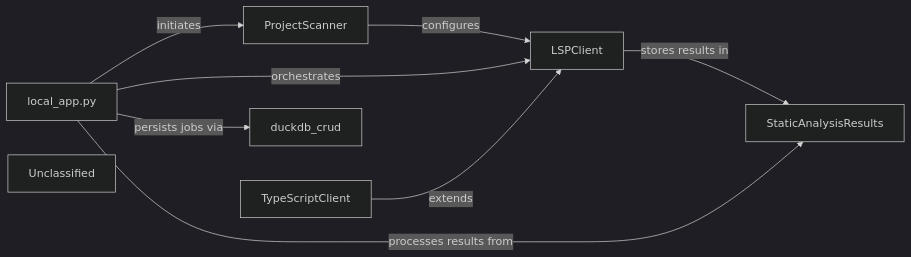
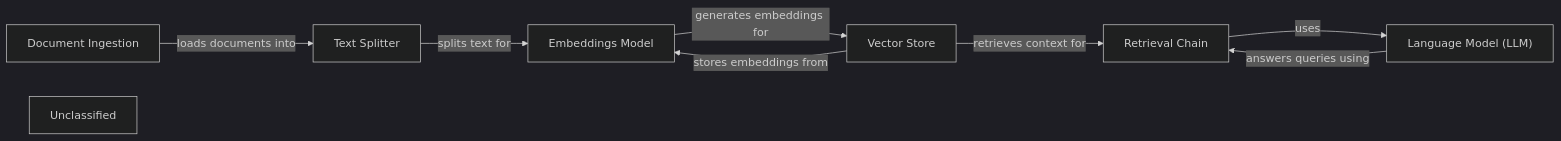
Before and after one commit to mariyam866/CodeBoarding: the diagram in .codeboarding/Static_Analysis_Engine.md, drawn with Mermaid (dark theme). The commit also changed other lines of this file and 15 other files, not shown here.

First line of the commit message:
docs: update codeboarding documentation and generate architecture

````diff
--- a/.codeboarding/Static_Analysis_Engine.md
+++ b/.codeboarding/Static_Analysis_Engine.md
@@ -1,17 +1,17 @@
 ```mermaid
 graph LR
-    local_app_py["local_app.py"]
-    ProjectScanner["ProjectScanner"]
-    LSPClient["LSPClient"]
-    TypeScriptClient["TypeScriptClient"]
-    StaticAnalysisResults["StaticAnalysisResults"]
-    duckdb_crud["duckdb_crud"]
+    Document_Ingestion["Document Ingestion"]
+    Text_Splitter["Text Splitter"]
+    Vector_Store["Vector Store"]
+    Embeddings_Model["Embeddings Model"]
+    Language_Model_LLM_["Language Model (LLM)"]
+    Retrieval_Chain["Retrieval Chain"]
     Unclassified["Unclassified"]
-    local_app_py -- "initiates" --> ProjectScanner
-    ProjectScanner -- "configures" --> LSPClient
-    local_app_py -- "orchestrates" --> LSPClient
-    LSPClient -- "stores results in" --> StaticAnalysisResults
-    TypeScriptClient -- "extends" --> LSPClient
-    local_app_py -- "processes results from" --> StaticAnalysisResults
-    local_app_py -- "persists jobs via" --> duckdb_crud
+    Document_Ingestion -- "loads documents into" --> Text_Splitter
+    Text_Splitter -- "splits text for" --> Embeddings_Model
+    Embeddings_Model -- "generates embeddings for" --> Vector_Store
+    Vector_Store -- "stores embeddings from" --> Embeddings_Model
+    Vector_Store -- "retrieves context for" --> Retrieval_Chain
+    Retrieval_Chain -- "uses" --> Language_Model_LLM_
+    Language_Model_LLM_ -- "answers queries using" --> Retrieval_Chain
 ```
````
